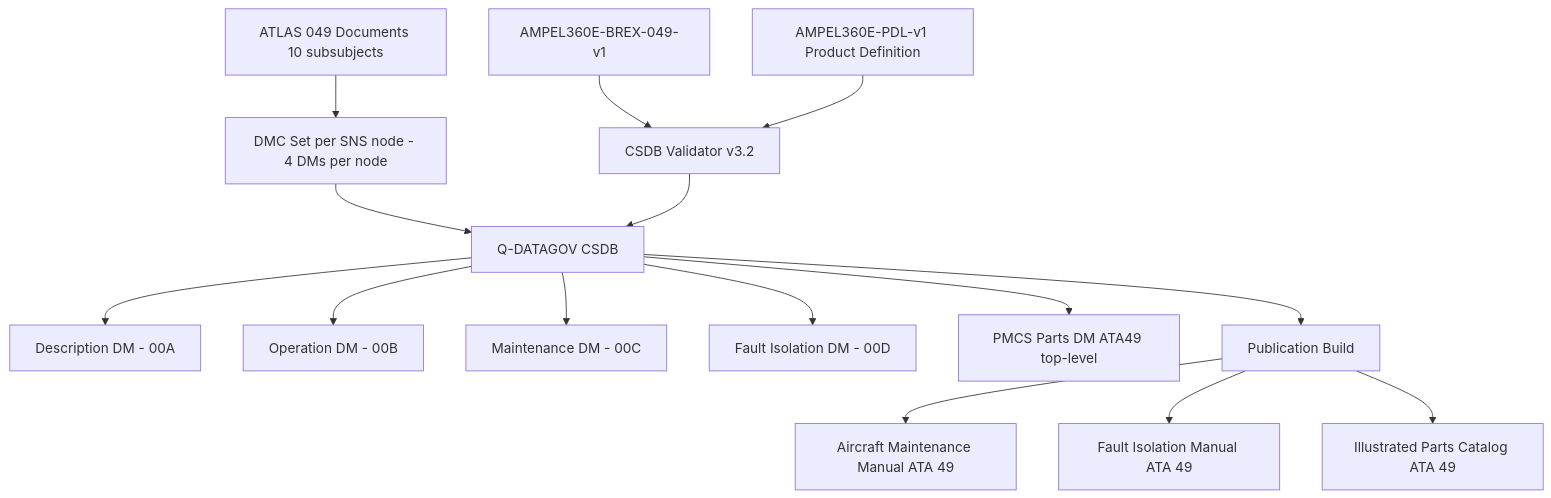
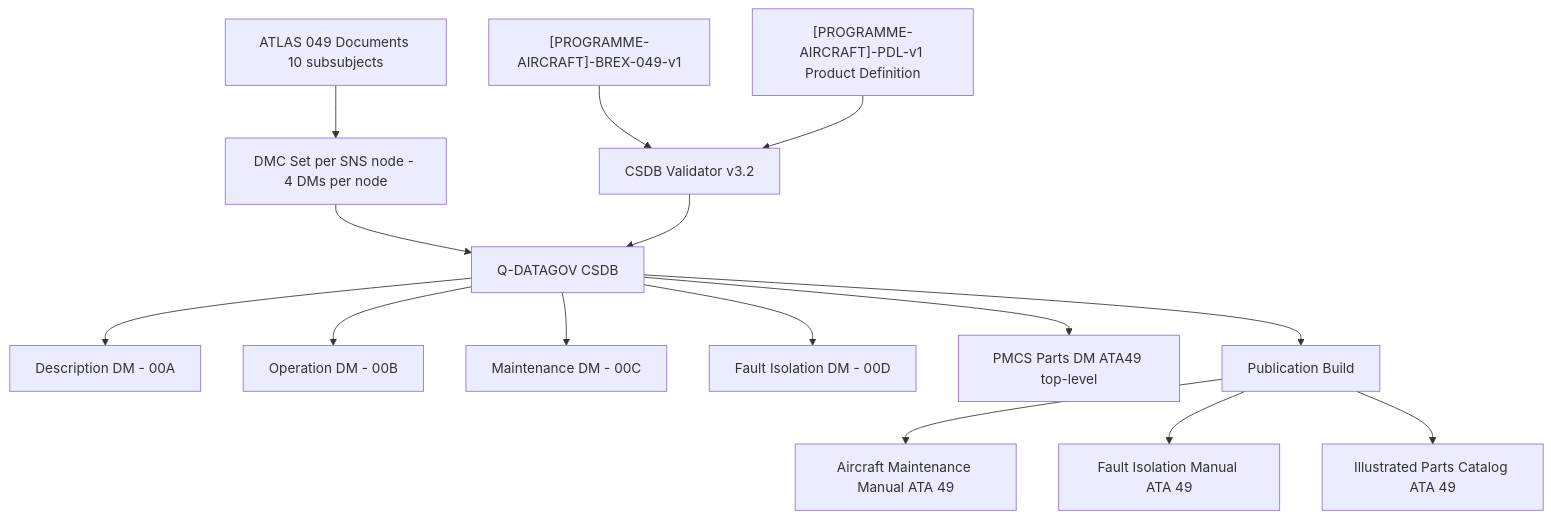
One commit to AmedeoPelliccia/Qplus-For-All-Queer-People-and-Quantum changed the first of 3 diagrams in Q+ATLANTIDE/000-099_ATLAS/040-049_Avionica-Informacion-y-APU/049_Airborne-Auxiliary-Power/049-090-S1000D-CSDB-Mapping-and-Traceability.md. Above: the diagram before and after it, drawn with Mermaid. The commit also changed other lines of this file and 676 other files, not shown here.

First line of the commit message:
feat: de-programmatize all ATLAS standard files — remove AMPEL360E/eWTW programme content

````diff
--- a/Q+ATLANTIDE/000-099_ATLAS/040-049_Avionica-Informacion-y-APU/049_Airborne-Auxiliary-Power/049-090-S1000D-CSDB-Mapping-and-Traceability.md
+++ b/Q+ATLANTIDE/000-099_ATLAS/040-049_Avionica-Informacion-y-APU/049_Airborne-Auxiliary-Power/049-090-S1000D-CSDB-Mapping-and-Traceability.md
@@ -110,17 +112,17 @@
 ```mermaid
 graph TD
     ATLAS_049["ATLAS 049 Documents 10 subsubjects"] --> DMC_GEN["DMC Set per SNS node - 4 DMs per node"]
     DMC_GEN --> CSDB["Q-DATAGOV CSDB"]
-    BREX["AMPEL360E-BREX-049-v1"] --> CSDB_VAL["CSDB Validator v3.2"]
+    BREX["[PROGRAMME-AIRCRAFT]-BREX-049-v1"] --> CSDB_VAL["CSDB Validator v3.2"]
     CSDB_VAL --> CSDB
-    PDL["AMPEL360E-PDL-v1 Product Definition"] --> CSDB_VAL
+    PDL["[PROGRAMME-AIRCRAFT]-PDL-v1 Product Definition"] --> CSDB_VAL
     CSDB --> DM_DESC["Description DM - 00A"]
     CSDB --> DM_OPS["Operation DM - 00B"]
     CSDB --> DM_MAINT["Maintenance DM - 00C"]
     CSDB --> DM_FI["Fault Isolation DM - 00D"]
     CSDB --> PMCS["PMCS Parts DM ATA49 top-level"]
     CSDB --> PUBL["Publication Build"]
     PUBL --> AMM["Aircraft Maintenance Manual ATA 49"]
     PUBL --> FIM["Fault Isolation Manual ATA 49"]
     PUBL --> IPC["Illustrated Parts Catalog ATA 49"]
 ```
````
